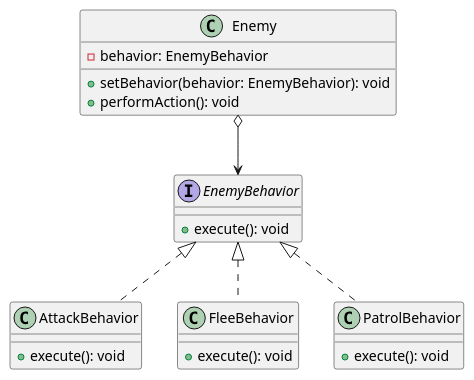
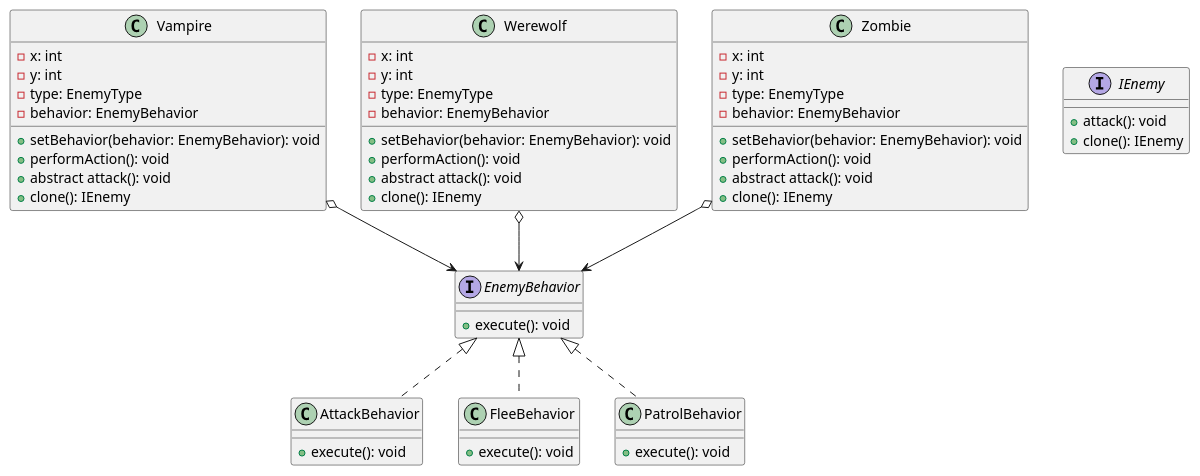
One commit to project-survivor/documentation changed the diagram in UML/Strategy/enemy.strategy.plantuml. Above: the diagram before and after it, drawn with PlantUML. The commit also changed 12 other files, not shown here.

```diff
--- a/UML/Strategy/enemy.strategy.plantuml
+++ b/UML/Strategy/enemy.strategy.plantuml
@@ -1,33 +1,63 @@
 @startuml
 hide footbox
-
-
-
 
 interface EnemyBehavior {
     +execute(): void
 }
 
 class AttackBehavior implements EnemyBehavior {
     +execute(): void
 }
 
 class FleeBehavior implements EnemyBehavior {
     +execute(): void
 }
 
 class PatrolBehavior implements EnemyBehavior {
     +execute(): void
 }
+ 
+Vampire o--> EnemyBehavior
+Werewolf o--> EnemyBehavior
+Zombie o--> EnemyBehavior
+ 
+interface IEnemy {
+    +attack(): void
+    +clone(): IEnemy
+}
 
-class Enemy {
+class Zombie {
+    -x: int
+    -y: int
+    -type: EnemyType
     -behavior: EnemyBehavior
     +setBehavior(behavior: EnemyBehavior): void
     +performAction(): void
+    +abstract attack(): void
+    +clone(): IEnemy
 }
 
-Enemy o--> EnemyBehavior
+class Vampire {
+    -x: int
+    -y: int
+    -type: EnemyType
+    -behavior: EnemyBehavior
+    +setBehavior(behavior: EnemyBehavior): void
+    +performAction(): void
+    +abstract attack(): void
+    +clone(): IEnemy
+}
 
+class Werewolf {
+    -x: int
+    -y: int
+    -type: EnemyType
+    -behavior: EnemyBehavior
+    +setBehavior(behavior: EnemyBehavior): void
+    +performAction(): void
+    +abstract attack(): void
+    +clone(): IEnemy
+}
 
 
 @enduml
```
